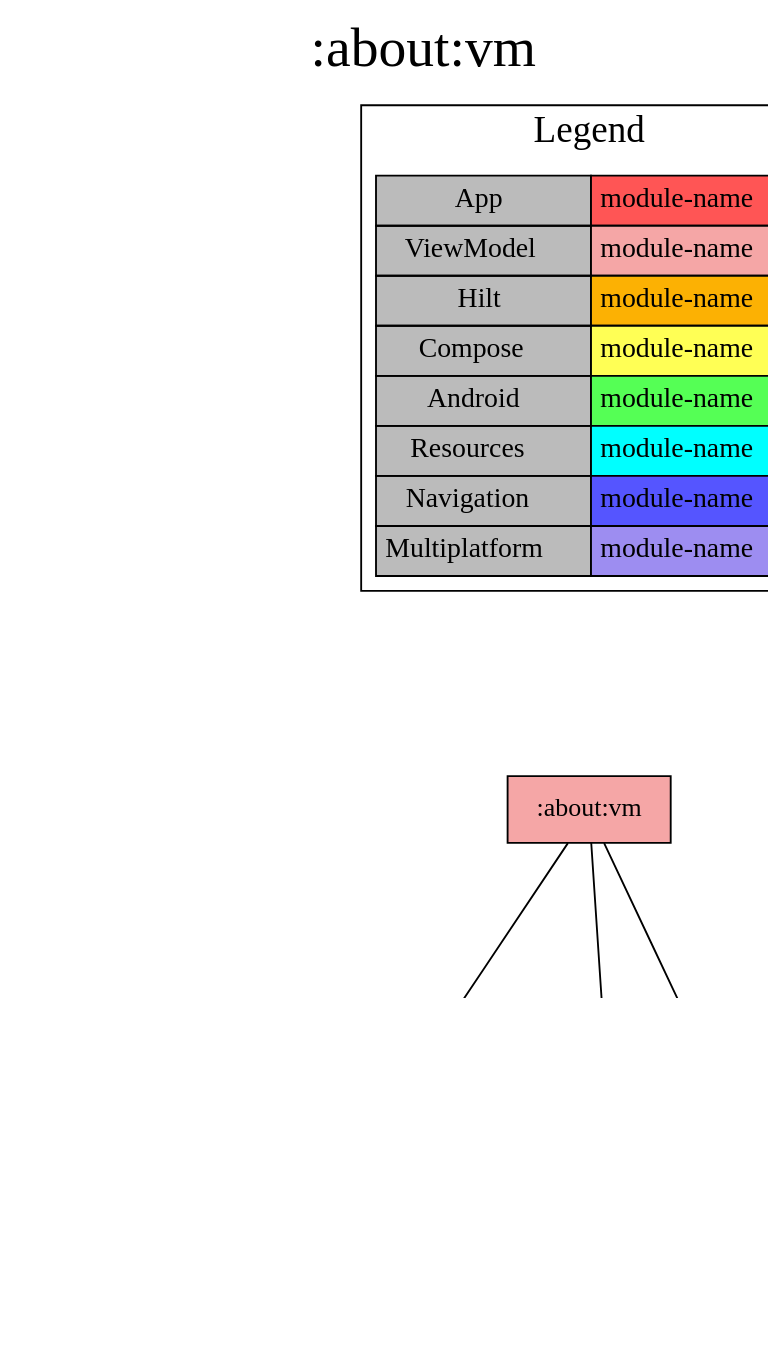
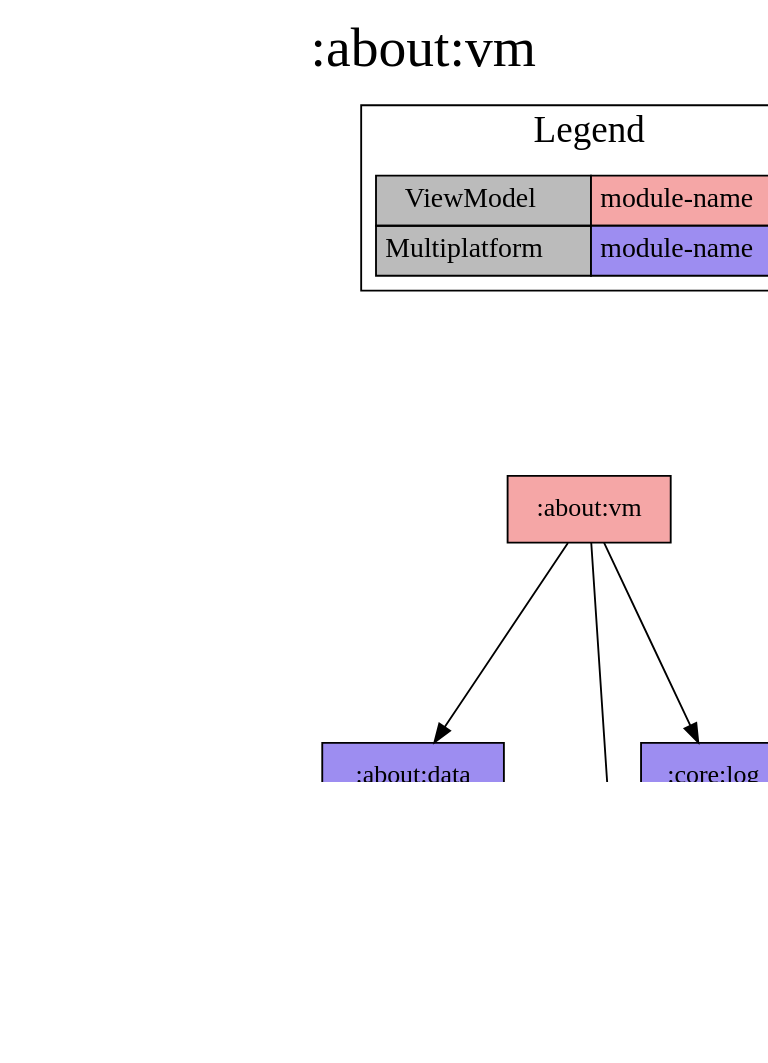
One commit to jonapoul/aktual changed the diagram in modules/about/vm/project-dependency-graph.dot. Above: the diagram before and after it, drawn with Graphviz. The commit also changed 52 other files, not shown here.

```diff
--- a/modules/about/vm/project-dependency-graph.dot
+++ b/modules/about/vm/project-dependency-graph.dot
@@ -1,37 +1,31 @@
 digraph {
 edge ["dir"="forward"]
 graph ["dpi"="100","label"=":about:vm","labelloc"="t","fontsize"="30","ranksep"="1.5","rankdir"="TB"]
 node ["style"="filled"]
+":about:data" ["fillcolor"="#9D8DF1","shape"="box"]
 ":about:vm" ["fillcolor"="#F5A6A6","shape"="box"]
-":about:data" ["fillcolor"="#9D8DF1","shape"="box"]
 ":api:github" ["fillcolor"="#9D8DF1","shape"="box"]
 ":core:buildconfig" ["fillcolor"="#9D8DF1","shape"="box"]
 ":core:coroutines" ["fillcolor"="#9D8DF1","shape"="box"]
 ":core:log" ["fillcolor"="#9D8DF1","shape"="box"]
 {
 edge ["dir"="none"]
 graph ["rank"="same"]
 }
+":about:data" -> ":api:github"
+":about:data" -> ":core:buildconfig"
+":about:data" -> ":core:coroutines"
 ":about:vm" -> ":about:data"
 ":about:vm" -> ":core:buildconfig"
 ":about:vm" -> ":core:log"
-":about:data" -> ":api:github"
-":about:data" -> ":core:buildconfig"
-":about:data" -> ":core:coroutines"
 subgraph "cluster_legend" {
 edge ["dir"="none"]
 graph ["label"="Legend","fontsize"="20"]
 "Legend" ["style"="filled","fillcolor"="#bbbbbb","shape"="none","margin"="0","fontsize"="15","label"=<
 <TABLE BORDER="0" CELLBORDER="1" CELLSPACING="0" CELLPADDING="4">
-<TR><TD>App</TD><TD BGCOLOR="#FF5555">module-name</TD></TR>
 <TR><TD>ViewModel</TD><TD BGCOLOR="#F5A6A6">module-name</TD></TR>
-<TR><TD>Hilt</TD><TD BGCOLOR="#FCB103">module-name</TD></TR>
-<TR><TD>Compose</TD><TD BGCOLOR="#FFFF55">module-name</TD></TR>
-<TR><TD>Android</TD><TD BGCOLOR="#55FF55">module-name</TD></TR>
-<TR><TD>Resources</TD><TD BGCOLOR="#00FFFF">module-name</TD></TR>
-<TR><TD>Navigation</TD><TD BGCOLOR="#5555FF">module-name</TD></TR>
 <TR><TD>Multiplatform</TD><TD BGCOLOR="#9D8DF1">module-name</TD></TR>
 </TABLE>
 >]
 } -> ":about:vm" ["style"="invis"]
 }
```
